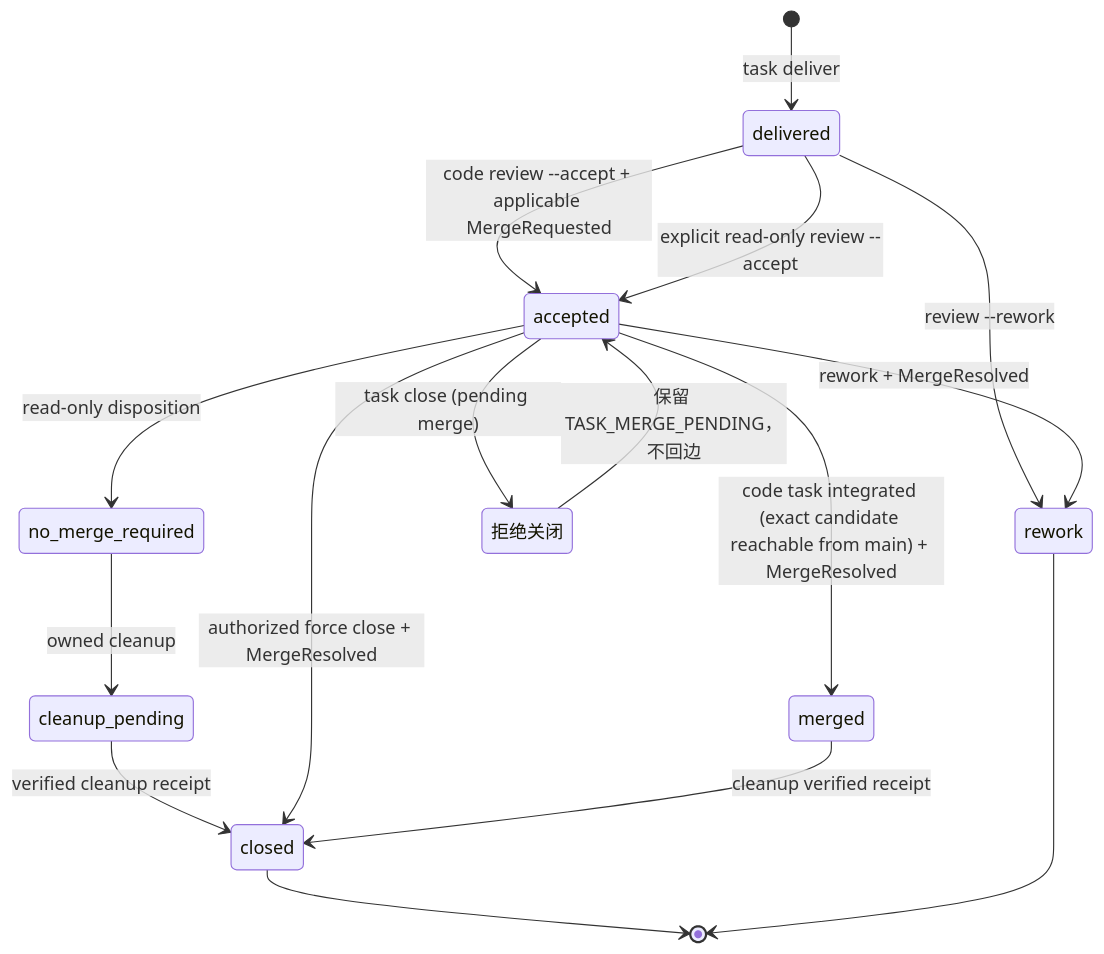
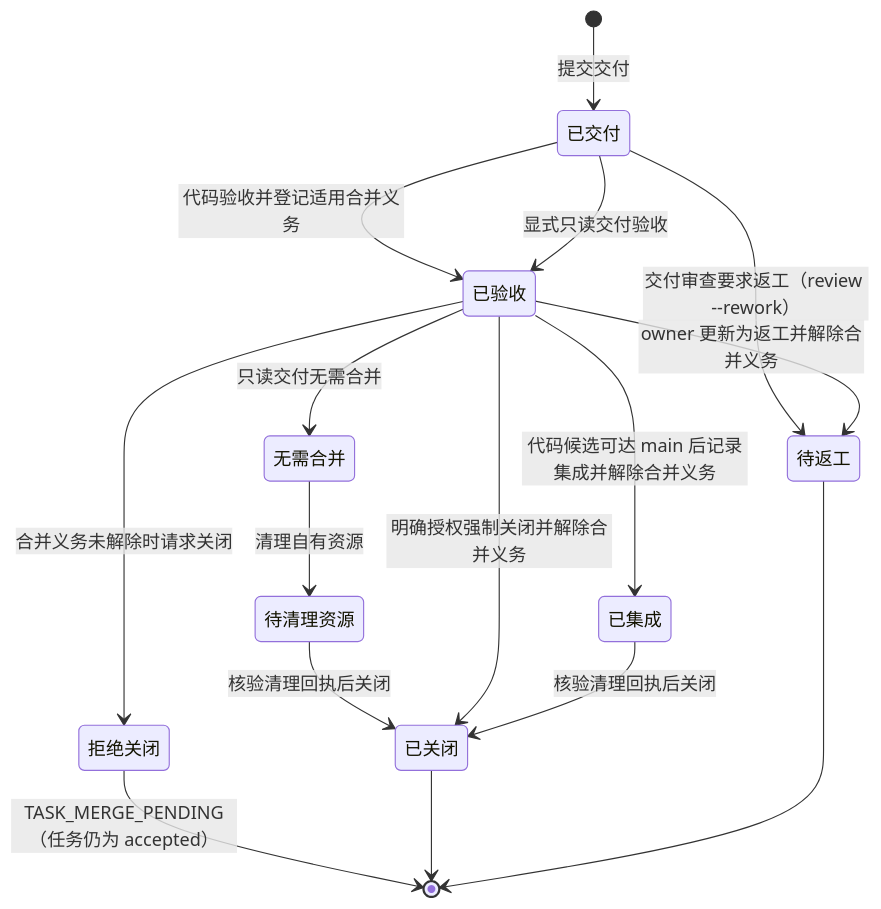
Before and after one commit to Jasonzhangf/appsdk: the diagram in docs/collab-merge-pending-state-machine.md, drawn with Mermaid. The commit also changed other lines of this file and 104 other files, not shown here.

````diff
--- a/docs/collab-merge-pending-state-machine.md
+++ b/docs/collab-merge-pending-state-machine.md
@@ -45,18 +48,25 @@
 ```mermaid
 stateDiagram-v2
-    [*] --> delivered : task deliver
-    delivered --> accepted : code review --accept + applicable MergeRequested
-    delivered --> accepted : explicit read-only review --accept
-    accepted --> no_merge_required : read-only disposition
-    no_merge_required --> cleanup_pending : owned cleanup
-    cleanup_pending --> closed : verified cleanup receipt
-    delivered --> rework : review --rework
-    accepted --> merged : code task integrated (exact candidate reachable from main) + MergeResolved
-    accepted --> rework : rework + MergeResolved
-    accepted --> closed : authorized force close + MergeResolved
-    accepted --> 拒绝关闭 : task close (pending merge)
-    拒绝关闭 --> accepted : 保留 TASK_MERGE_PENDING，不回边
-    merged --> closed : cleanup verified receipt
+    state "已交付" as delivered
+    state "已验收" as accepted
+    state "无需合并" as no_merge_required
+    state "待清理资源" as cleanup_pending
+    state "已集成" as merged
+    state "待返工" as rework
+    state "已关闭" as closed
+    [*] --> delivered : 提交交付
+    delivered --> accepted : 代码验收并登记适用合并义务
+    delivered --> accepted : 显式只读交付验收
+    accepted --> no_merge_required : 只读交付无需合并
+    no_merge_required --> cleanup_pending : 清理自有资源
+    cleanup_pending --> closed : 核验清理回执后关闭
+    delivered --> rework : 交付审查要求返工（review --rework）
+    accepted --> merged : 代码候选可达 main 后记录集成并解除合并义务
+    accepted --> rework : owner 更新为返工并解除合并义务
+    accepted --> closed : 明确授权强制关闭并解除合并义务
+    accepted --> 拒绝关闭 : 合并义务未解除时请求关闭
+    拒绝关闭 --> [*] : TASK_MERGE_PENDING（任务仍为 accepted）
+    merged --> closed : 核验清理回执后关闭
     closed --> [*]
     rework --> [*]
 ```
````
